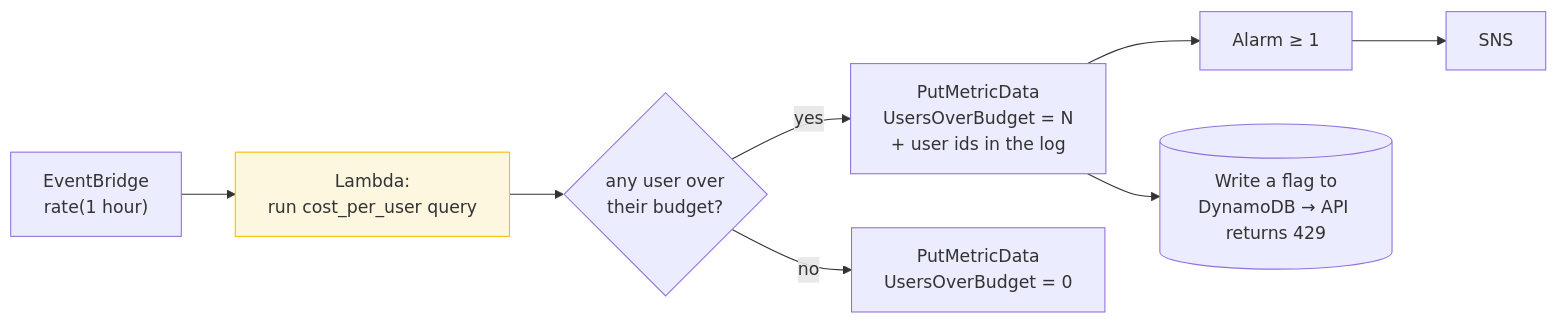
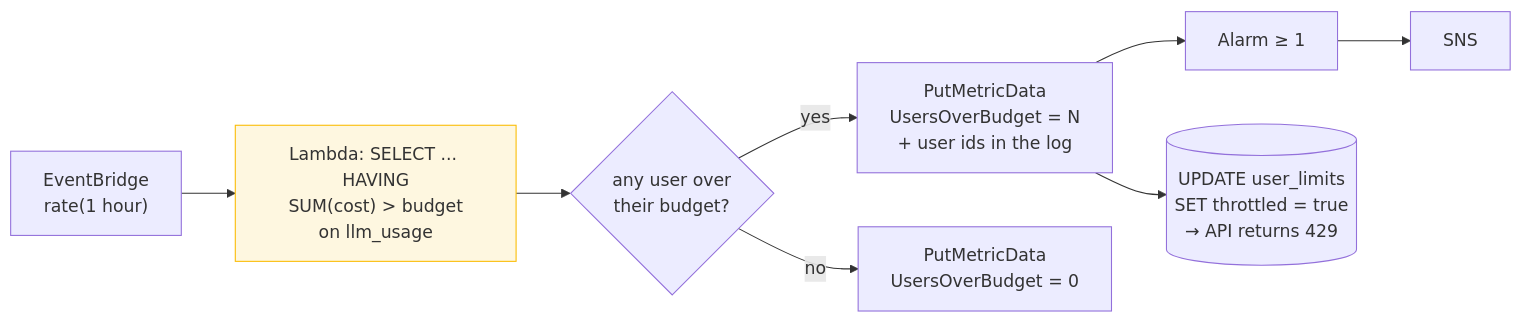
The sixth of 6 diagrams in observability/LLM_Observability_AWS.adoc (fibaneza/public-tmp), drawn with Mermaid before and after one commit. The commit also changed other lines of this file and 7 other files, not shown here.

```diff
--- a/observability/LLM_Observability_AWS.adoc
+++ b/observability/LLM_Observability_AWS.adoc
@@ -558,12 +680,12 @@
 [mermaid]
 ....
 flowchart LR
-    EB["EventBridge<br/>rate(1 hour)"] --> L["Lambda:<br/>run cost_per_user query"]
+    EB["EventBridge<br/>rate(1 hour)"] --> L["Lambda: SELECT ... HAVING<br/>SUM(cost) > budget<br/>on llm_usage"]
     L --> D{"any user over<br/>their budget?"}
     D -->|yes| PM["PutMetricData<br/>UsersOverBudget = N<br/>+ user ids in the log"]
     D -->|no| PM2["PutMetricData<br/>UsersOverBudget = 0"]
     PM --> A[Alarm ≥ 1] --> SNS[SNS]
-    PM --> DDB[(Write a flag to<br/>DynamoDB → API returns 429)]
+    PM --> PG[("UPDATE user_limits<br/>SET throttled = true<br/>→ API returns 429")]
 
     style L fill:#fef7e0,stroke:#fbbc04
 ....
```
